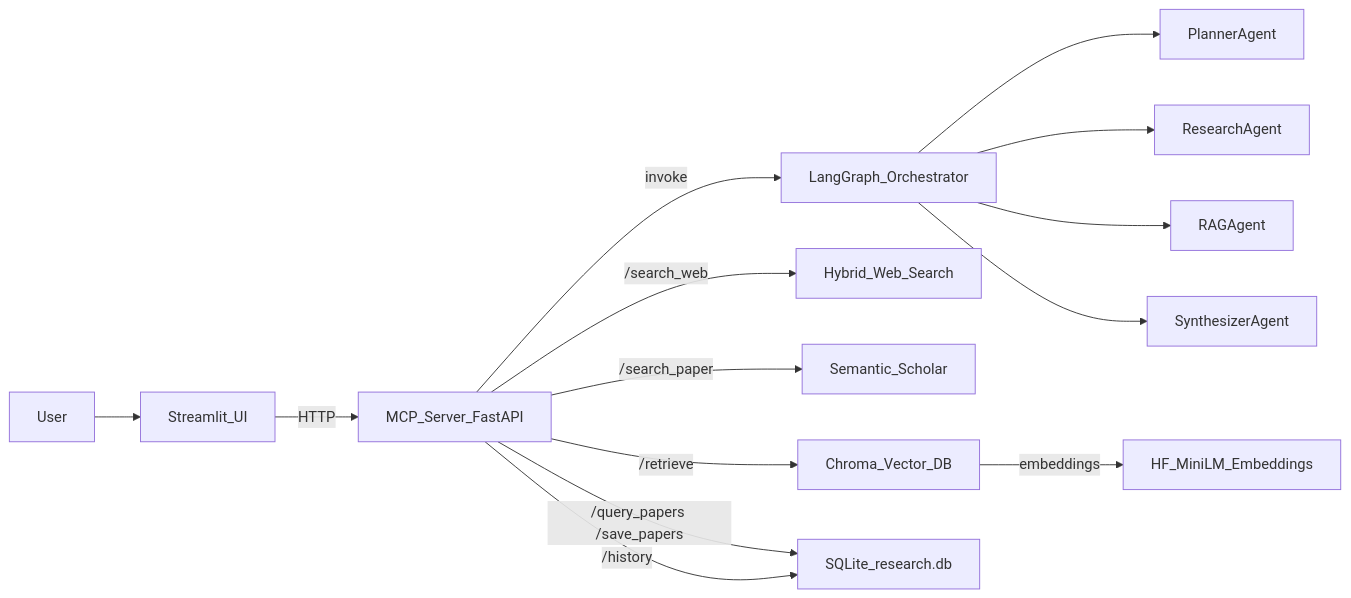
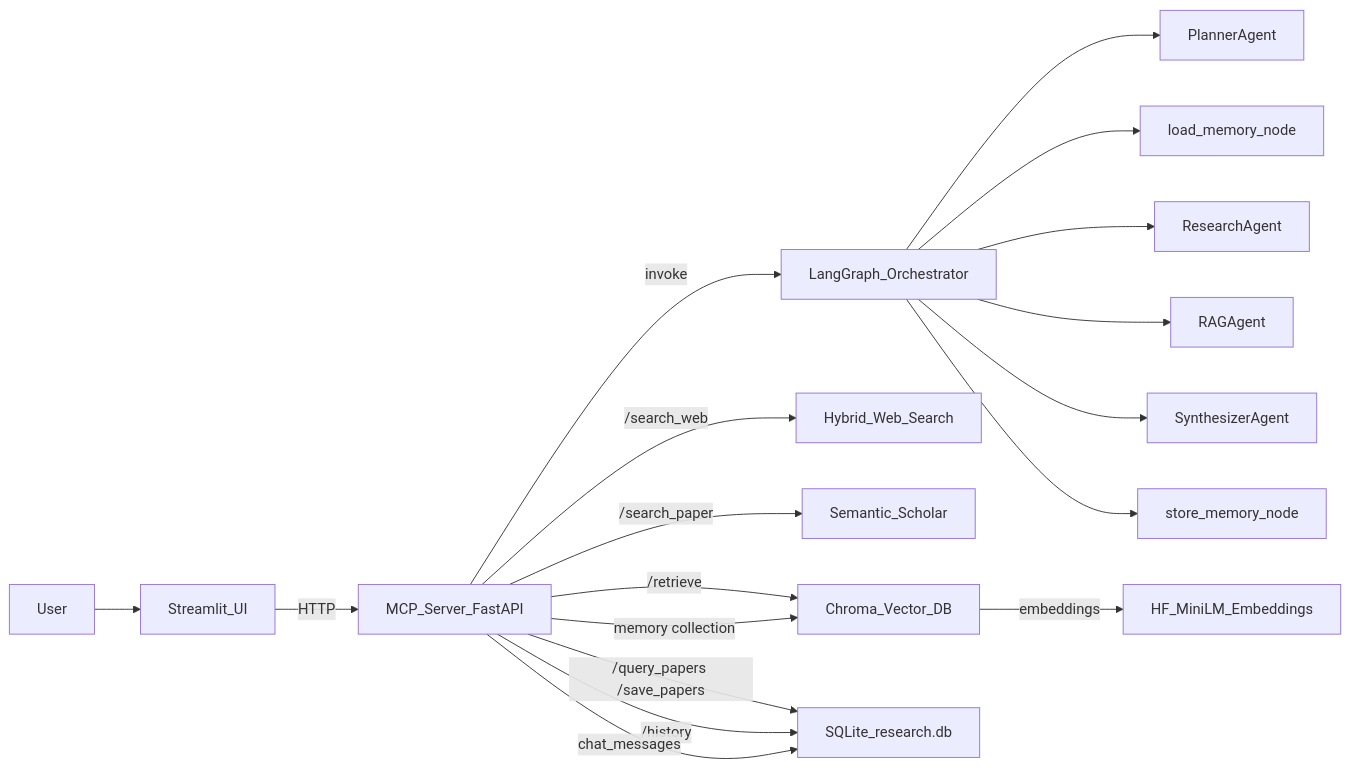
Before and after one commit to Revlis15/Chatbot: the first of 3 diagrams in SYSTEM_OVERVIEW.md, drawn with Mermaid. The commit also changed other lines of this file and 16 other files, not shown here.

````diff
--- a/SYSTEM_OVERVIEW.md
+++ b/SYSTEM_OVERVIEW.md
@@ -24,19 +28,23 @@
 ```mermaid
 flowchart LR
   user[User] --> ui[Streamlit_UI]
   ui -->|HTTP| mcp[MCP_Server_FastAPI]
   mcp -->|invoke| langgraph[LangGraph_Orchestrator]
 
   mcp -->|/search_web| web[Hybrid_Web_Search]
   mcp -->|/search_paper| semsch[Semantic_Scholar]
   mcp -->|/retrieve| chroma[Chroma_Vector_DB]
   mcp -->|/query_papers /save_papers| sqlite[SQLite_research.db]
   mcp -->|/history| sqlite
+  mcp -->|chat_messages| sqlite
+  mcp -->|memory collection| chroma
 
   langgraph --> planner[PlannerAgent]
+  langgraph --> memLoad[load_memory_node]
   langgraph --> research[ResearchAgent]
   langgraph --> rag[RAGAgent]
   langgraph --> synth[SynthesizerAgent]
+  langgraph --> memStore[store_memory_node]
 
   chroma -->|embeddings| hfEmb[HF_MiniLM_Embeddings]
 ```
````
